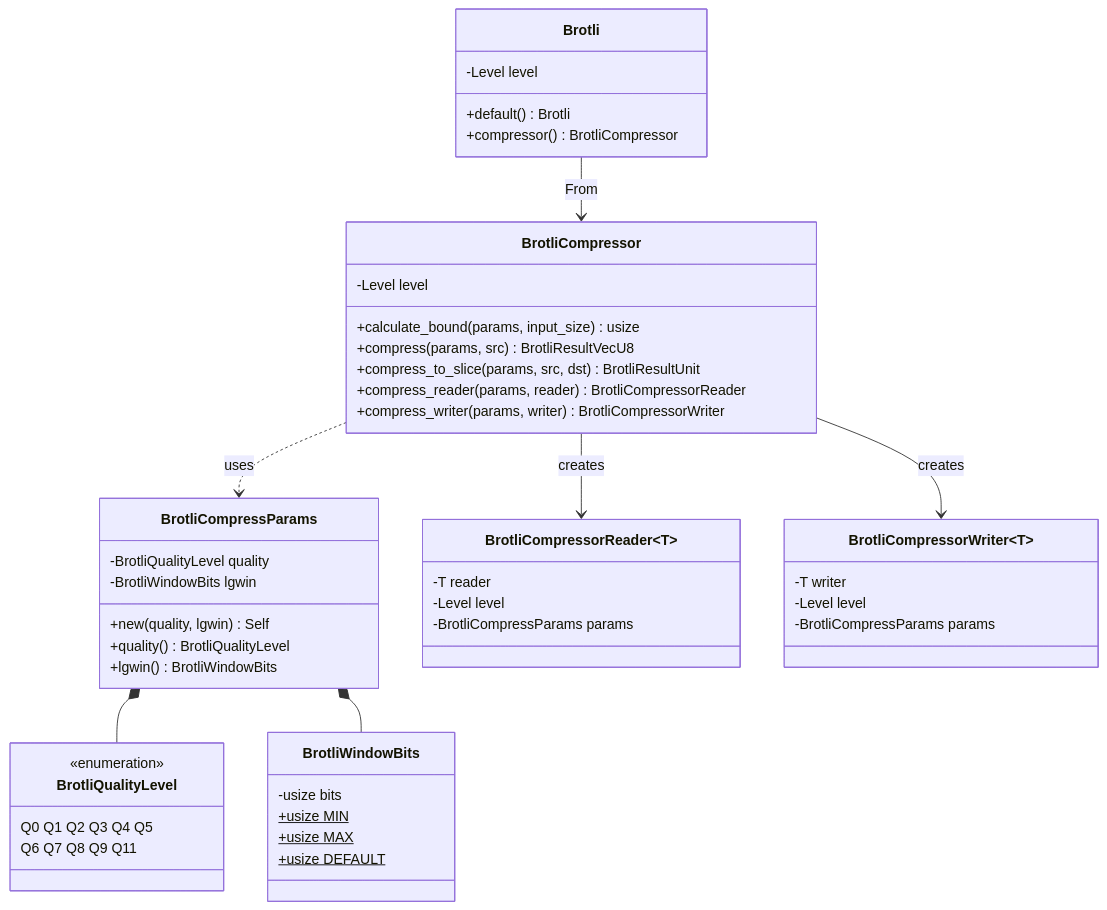
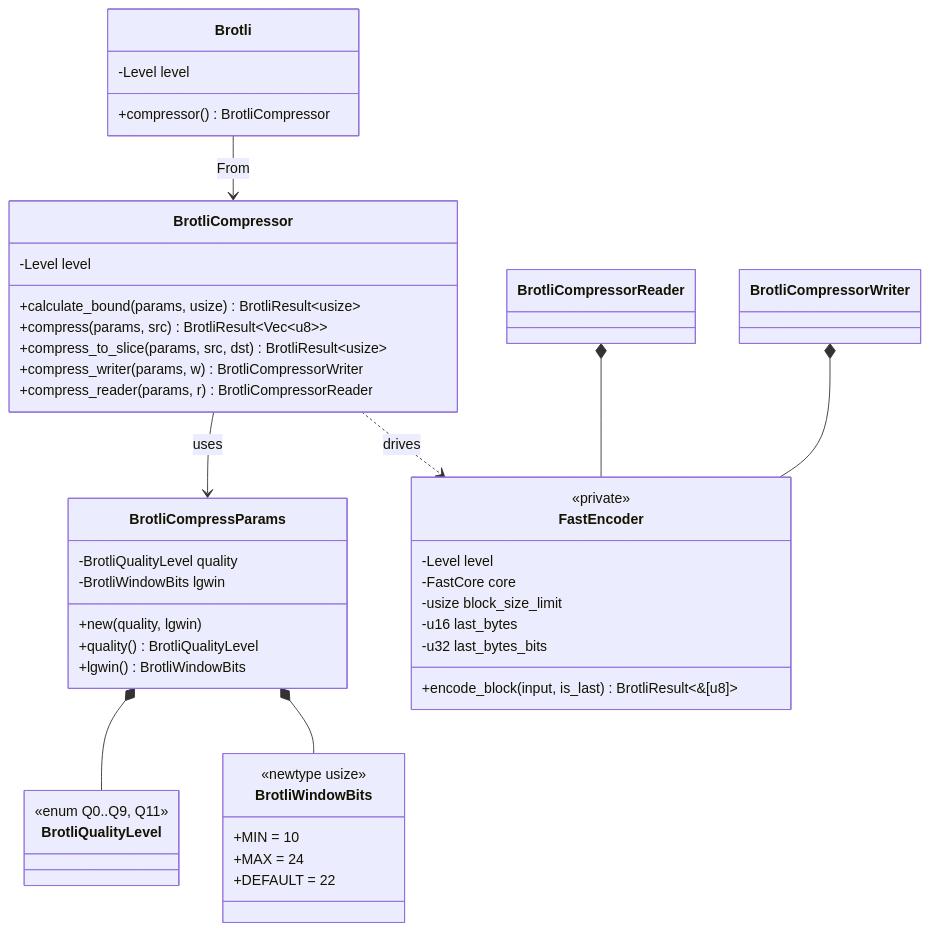
The second of 7 diagrams in architecture/compressor.md (Mnwa/mbrotli), drawn with Mermaid before and after one commit. The commit also changed other lines of this file and 52 other files, not shown here.

````diff
--- a/architecture/compressor.md
+++ b/architecture/compressor.md
@@ -57,51 +58,48 @@
 ```mermaid
 classDiagram
     class Brotli {
         -Level level
-        +default() Brotli
         +compressor() BrotliCompressor
     }
     class BrotliCompressor {
         -Level level
-        +calculate_bound(params, input_size) usize
-        +compress(params, src) BrotliResultVecU8
-        +compress_to_slice(params, src, dst) BrotliResultUnit
-        +compress_reader(params, reader) BrotliCompressorReader
-        +compress_writer(params, writer) BrotliCompressorWriter
+        +calculate_bound(params, usize) BrotliResult~usize~
+        +compress(params, src) BrotliResult~Vec~u8~~
+        +compress_to_slice(params, src, dst) BrotliResult~usize~
+        +compress_writer(params, w) BrotliCompressorWriter
+        +compress_reader(params, r) BrotliCompressorReader
     }
     class BrotliCompressParams {
         -BrotliQualityLevel quality
         -BrotliWindowBits lgwin
-        +new(quality, lgwin) Self
+        +new(quality, lgwin)
         +quality() BrotliQualityLevel
         +lgwin() BrotliWindowBits
     }
     class BrotliWindowBits {
-        -usize bits
-        +usize MIN$
-        +usize MAX$
-        +usize DEFAULT$
+        <<newtype usize>>
+        +MIN = 10
+        +MAX = 24
+        +DEFAULT = 22
     }
     class BrotliQualityLevel {
-        <<enumeration>>
-        Q0 Q1 Q2 Q3 Q4 Q5
-        Q6 Q7 Q8 Q9 Q11
+        <<enum Q0..Q9, Q11>>
     }
-    class BrotliCompressorReader~T~ {
-        -T reader
+    class FastEncoder {
+        <<private>>
         -Level level
-        -BrotliCompressParams params
-    }
-    class BrotliCompressorWriter~T~ {
-        -T writer
-        -Level level
-        -BrotliCompressParams params
+        -FastCore core
+        -usize block_size_limit
+        -u16 last_bytes
+        -u32 last_bytes_bits
+        +encode_block(input, is_last) BrotliResult~&[u8]~
     }
 
     Brotli --> BrotliCompressor : From
-    BrotliCompressor ..> BrotliCompressParams : uses
+    BrotliCompressor --> BrotliCompressParams : uses
     BrotliCompressParams *-- BrotliQualityLevel
     BrotliCompressParams *-- BrotliWindowBits
-    BrotliCompressor --> BrotliCompressorReader : creates
-    BrotliCompressor --> BrotliCompressorWriter : creates
+    BrotliCompressor ..> FastEncoder : drives
+    BrotliCompressorReader *-- FastEncoder
+    BrotliCompressorWriter *-- FastEncoder
 ```
````
